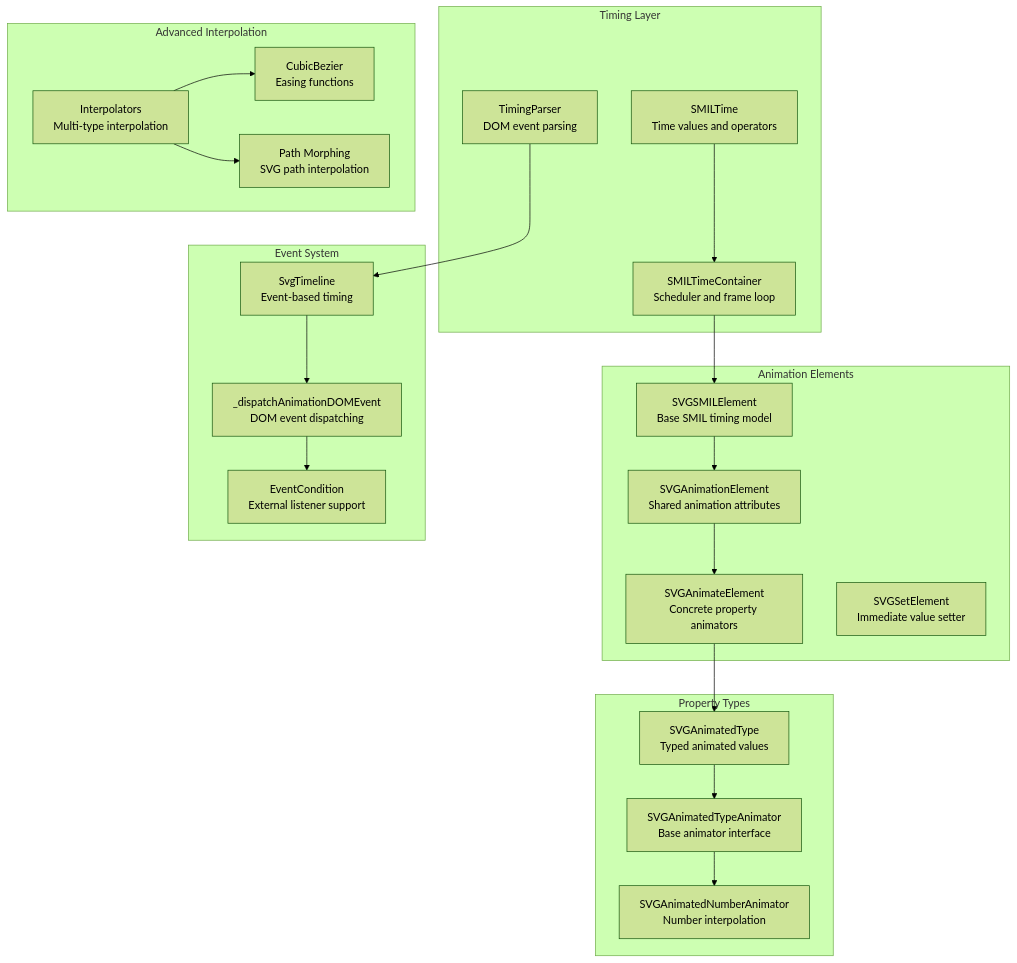
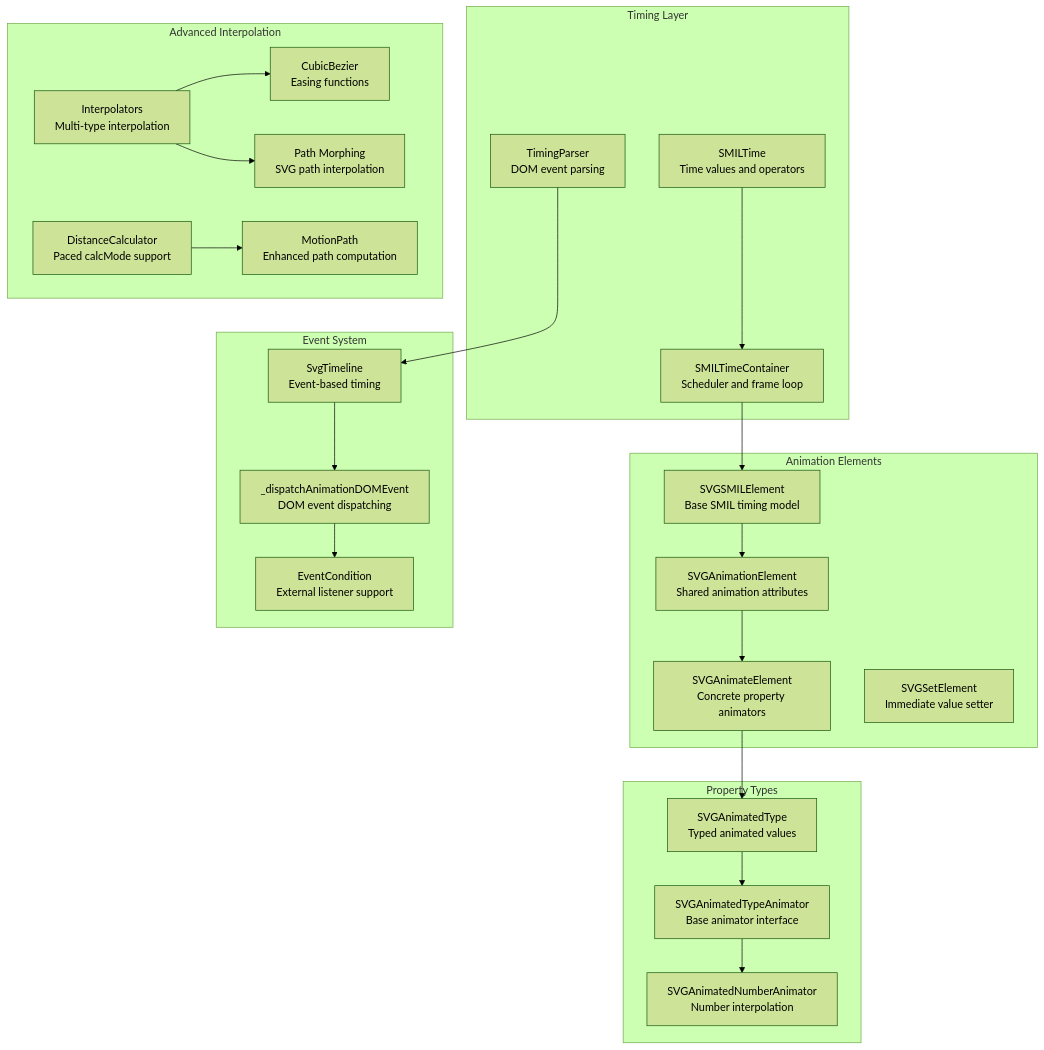
Before and after one commit to denisnadey/flutter_full_svg_support: the first of 13 diagrams in .qoder/repowiki/en/content/Animated SVG Support/SMIL Animation Specification/Improved SMIL Animation Runtime.md, drawn with Mermaid (forest theme). The commit also changed other lines of this file and 18 other files, not shown here.

First line of the commit message:
feat(smil): enhance animation runtime with discrete calcMode and motion path improvements

````diff
--- a/.qoder/repowiki/en/content/Animated SVG Support/SMIL Animation Specification/Improved SMIL Animation Runtime.md
+++ b/.qoder/repowiki/en/content/Animated SVG Support/SMIL Animation Specification/Improved SMIL Animation Runtime.md
@@ -60,41 +69,44 @@
 ```mermaid
 graph TB
 subgraph "Timing Layer"
 A["SMILTime<br/>Time values and operators"]
 B["SMILTimeContainer<br/>Scheduler and frame loop"]
 E["TimingParser<br/>DOM event parsing"]
 end
 subgraph "Animation Elements"
 C["SVGSMILElement<br/>Base SMIL timing model"]
 D["SVGAnimationElement<br/>Shared animation attributes"]
 F["SVGAnimateElement<br/>Concrete property animators"]
 G["SVGSetElement<br/>Immediate value setter"]
 end
 subgraph "Event System"
 H["SvgTimeline<br/>Event-based timing"]
 I["_dispatchAnimationDOMEvent<br/>DOM event dispatching"]
 J["EventCondition<br/>External listener support"]
 end
 subgraph "Property Types"
 K["SVGAnimatedType<br/>Typed animated values"]
 L["SVGAnimatedTypeAnimator<br/>Base animator interface"]
 M["SVGAnimatedNumberAnimator<br/>Number interpolation"]
 end
 subgraph "Advanced Interpolation"
 N["Interpolators<br/>Multi-type interpolation"]
 O["CubicBezier<br/>Easing functions"]
 P["Path Morphing<br/>SVG path interpolation"]
+Q["DistanceCalculator<br/>Paced calcMode support"]
+R["MotionPath<br/>Enhanced path computation"]
 end
 A --> B
 B --> C
 C --> D
 D --> F
 F --> K
 K --> L
 L --> M
 E --> H
 H --> I
 I --> J
 N --> O
 N --> P
+Q --> R
 ```
````
